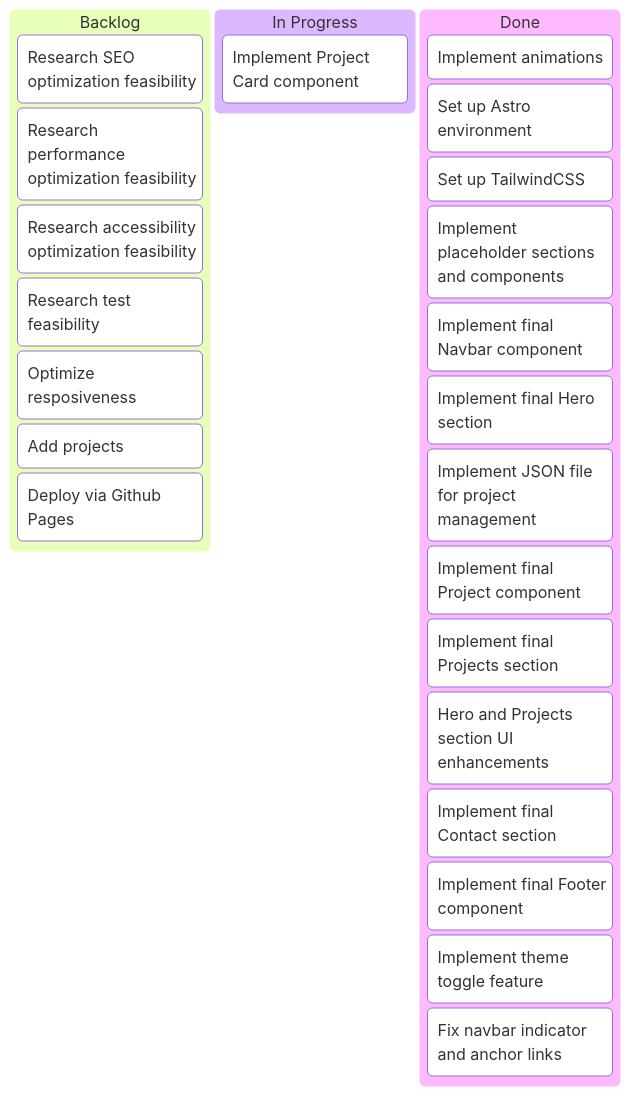
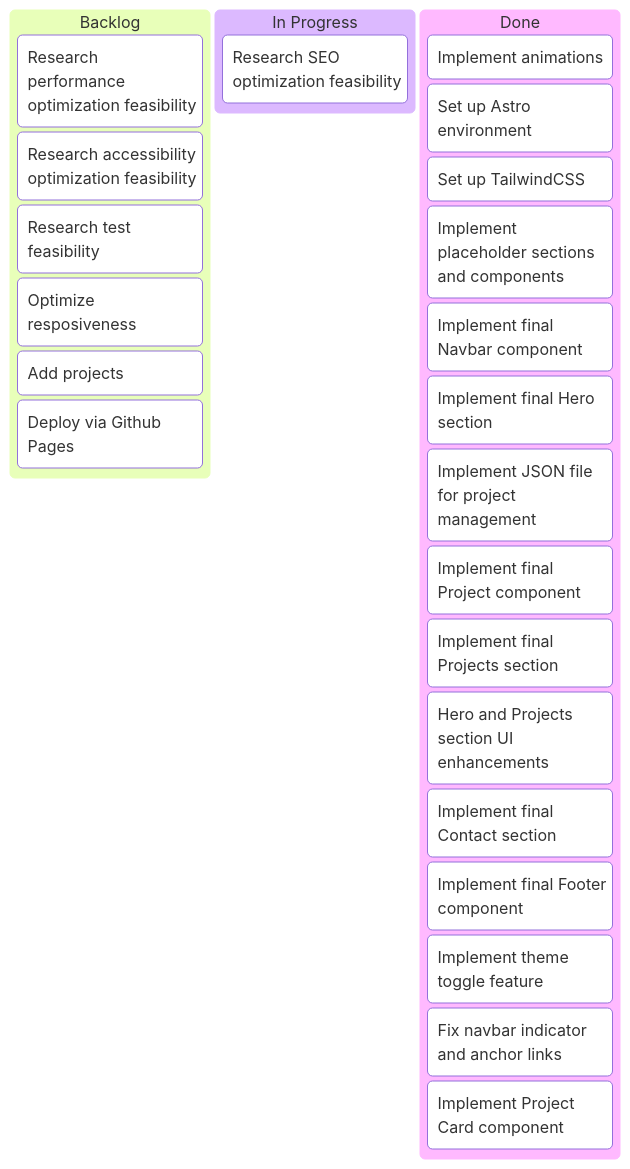
The diagram in docs/kanban.md (CantarinoG/portfolio), drawn with Mermaid before and after one commit. The commit also changed other lines of this file and 3 other files, not shown here.

Commit message:
feat: implement project modal image carousel and refined styles

````diff
--- a/docs/kanban.md
+++ b/docs/kanban.md
@@ -1,28 +1,28 @@
 ```mermaid
 kanban
   stage1[Backlog]
-    card17[Research SEO optimization feasibility]
     card18[Research performance optimization feasibility]
     card19[Research accessibility optimization feasibility]
     card21[Research test feasibility]
     card23[Optimize resposiveness]
     card25[Add projects]
     card20[Deploy via Github Pages]
   stage2[In Progress]
-    card27[Implement Project Card component]
+    card17[Research SEO optimization feasibility]
   stage3[Done]
     card16[Implement animations]
     card1[Set up Astro environment]
     card24[Set up TailwindCSS]
     card5[Implement placeholder sections and components]
     card6[Implement final Navbar component]
     card7[Implement final Hero section]
     card22[Implement JSON file for project management]
     card8[Implement final Project component]
     card11[Implement final Projects section]
     card26[Hero and Projects section UI enhancements]
     card12[Implement final Contact section]
     card14[Implement final Footer component]
     card15[Implement theme toggle feature]
     card28[Fix navbar indicator and anchor links]
+    card27[Implement Project Card component]
 ```
````
